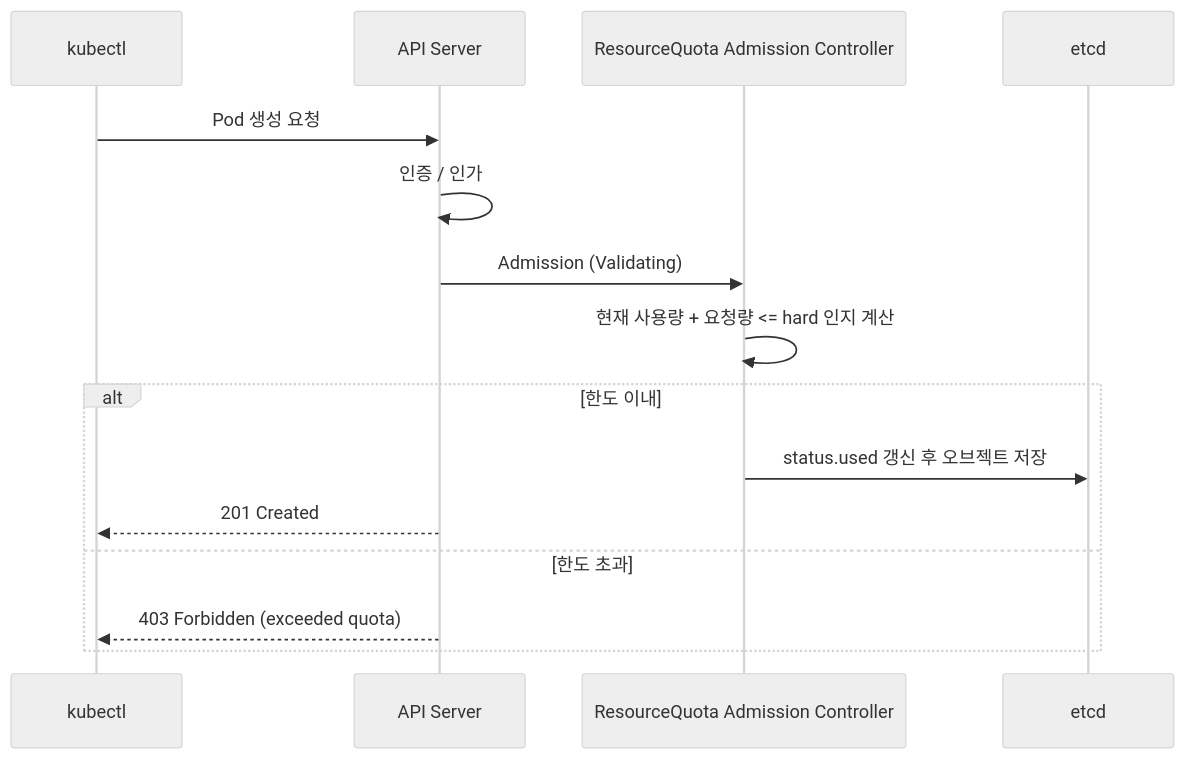
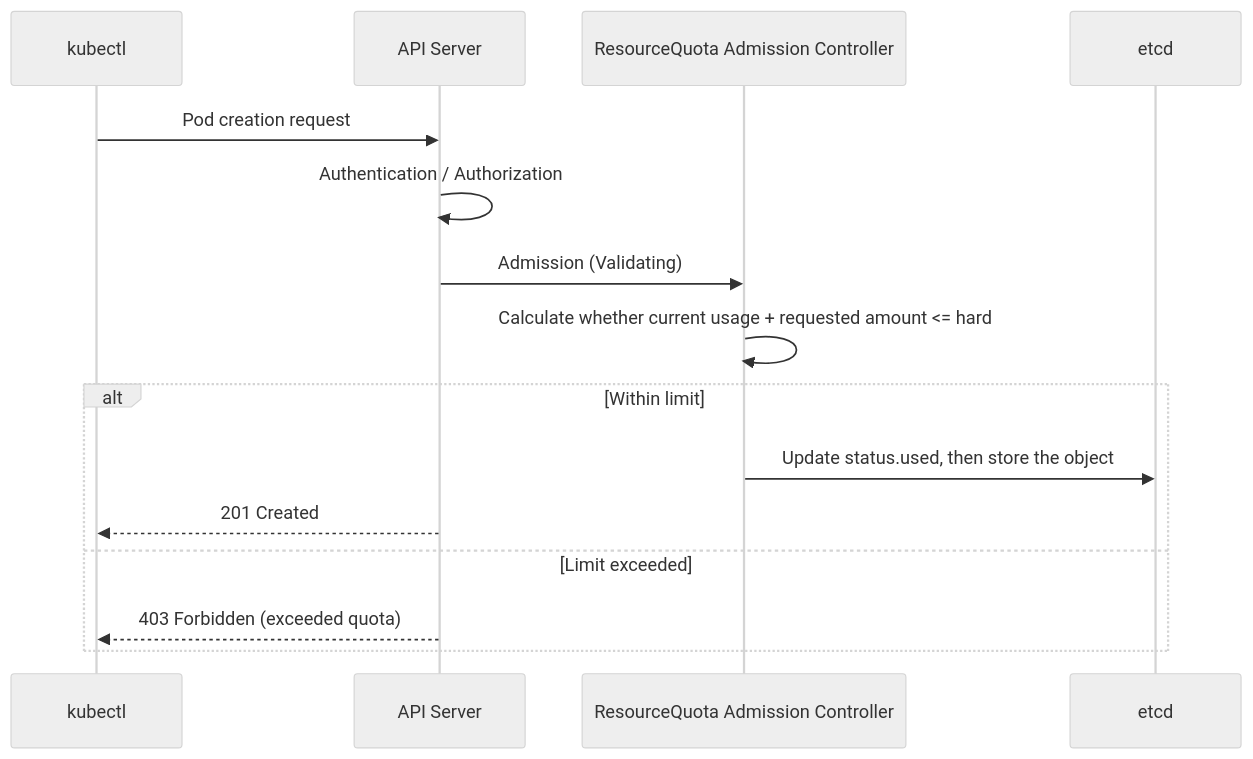
The diagram in content/usecases/46-uc-resource-quota.md (jeonck/k8s-adv), drawn with Mermaid (neutral theme) before and after one commit. The commit also changed other lines of this file and 223 other files, not shown here.

````diff
--- a/content/usecases/46-uc-resource-quota.md
+++ b/content/usecases/46-uc-resource-quota.md
@@ -25,17 +25,17 @@
 ```mermaid
 sequenceDiagram
     participant U as kubectl
     participant A as API Server
     participant AC as ResourceQuota Admission Controller
     participant E as etcd
-    U->>A: Pod 생성 요청
-    A->>A: 인증 / 인가
+    U->>A: Pod creation request
+    A->>A: Authentication / Authorization
     A->>AC: Admission (Validating)
-    AC->>AC: 현재 사용량 + 요청량 <= hard 인지 계산
-    alt 한도 이내
-        AC->>E: status.used 갱신 후 오브젝트 저장
+    AC->>AC: Calculate whether current usage + requested amount <= hard
+    alt Within limit
+        AC->>E: Update status.used, then store the object
         A-->>U: 201 Created
-    else 한도 초과
+    else Limit exceeded
         A-->>U: 403 Forbidden (exceeded quota)
     end
 ```
````
